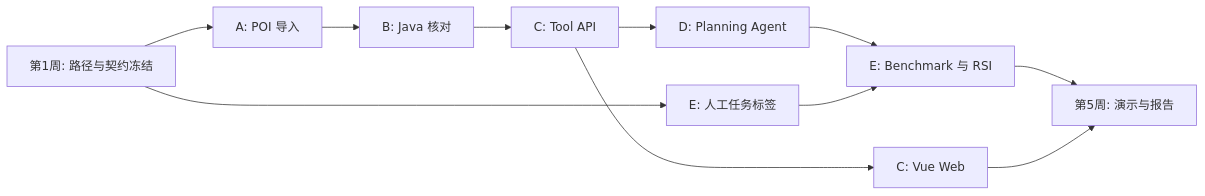
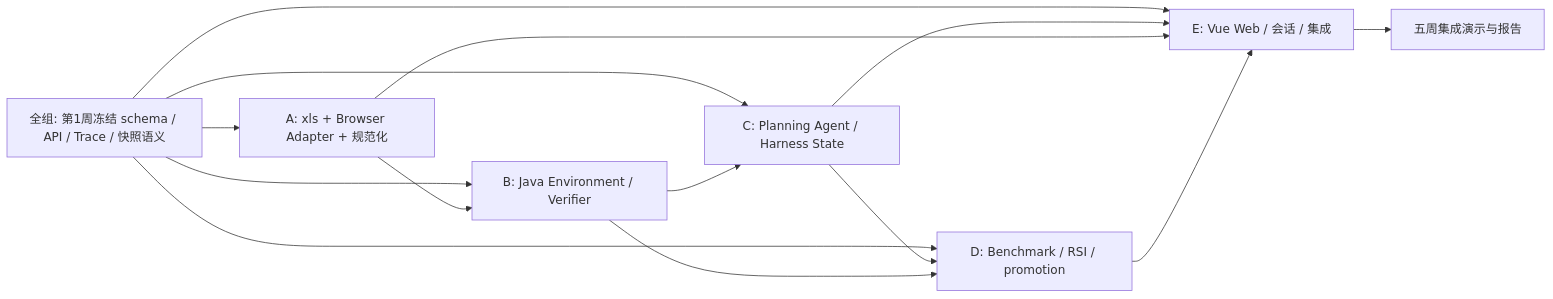
Before and after one commit to HelicasECoode42/CoursePilot-Evo: the diagram in docs/diagrams/team-dependencies.mmd, drawn with Mermaid. The commit also changed 32 other files, not shown here.

Commit message:
docs: design browser offering adapter and multi-round RSI architecture

```diff
--- a/docs/diagrams/team-dependencies.mmd
+++ b/docs/diagrams/team-dependencies.mmd
@@ -1,11 +1,14 @@
 flowchart LR
-  S[第1周: 路径与契约冻结] --> A[A: POI 导入]
-  S --> E0[E: 人工任务标签]
-  A --> B[B: Java 核对]
-  B --> C[C: Tool API]
-  C --> D[D: Planning Agent]
-  C --> W[C: Vue Web]
-  D --> E[E: Benchmark 与 RSI]
-  E0 --> E
-  E --> I[第5周: 演示与报告]
-  W --> I
+  FREEZE[全组: 第1周冻结 schema / API / Trace / 快照语义] --> A[A: xls + Browser Adapter + 规范化]
+  FREEZE --> B[B: Java Environment / Verifier]
+  FREEZE --> C[C: Planning Agent / Harness State]
+  FREEZE --> D[D: Benchmark / RSI / promotion]
+  FREEZE --> E[E: Vue Web / 会话 / 集成]
+  A --> B
+  B --> C
+  C --> D
+  B --> D
+  C --> E
+  A --> E
+  D --> E
+  E --> DEMO[五周集成演示与报告]
```
